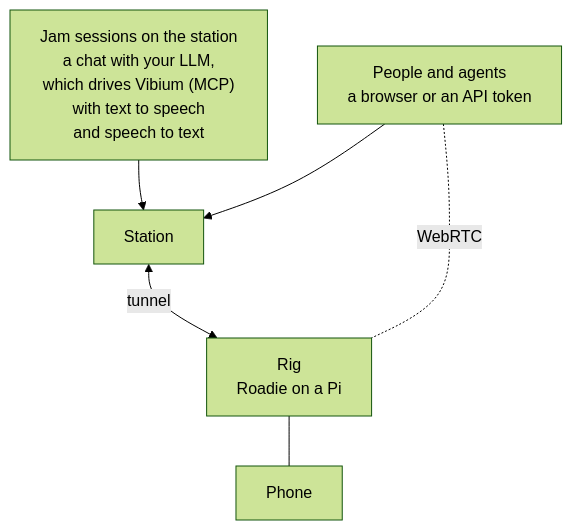
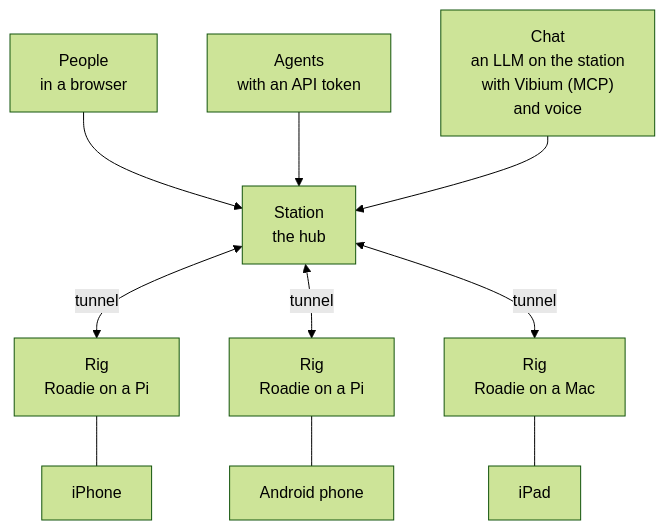
One commit to VibiumDev/station changed the diagram in README.md. Above: the diagram before and after it, drawn with Mermaid (forest theme). The commit also changed other lines of this file, not shown here.

Commit message:
README: a hub-and-nodes diagram, like Selenium Grid's, and chat for jam sessions

````diff
--- a/README.md
+++ b/README.md
@@ -12,14 +12,23 @@
 ```mermaid
 flowchart TB
-    J["Jam sessions on the station<br/>a chat with your LLM,<br/>which drives Vibium (MCP)<br/>with text to speech<br/>and speech to text"]
-    C["People and agents<br/>a browser or an API token"]
-    S["Station"]
-    R["Rig<br/>Roadie on a Pi"]
-    D["Phone"]
+    P["People<br/>in a browser"]
+    A["Agents<br/>with an API token"]
+    C["Chat<br/>an LLM on the station<br/>with Vibium (MCP)<br/>and voice"]
+    S["Station<br/>the hub"]
+    R1["Rig<br/>Roadie on a Pi"]
+    R2["Rig<br/>Roadie on a Pi"]
+    R3["Rig<br/>Roadie on a Mac"]
+    D1["iPhone"]
+    D2["Android phone"]
+    D3["iPad"]
 
-    J --> S
+    P --> S
+    A --> S
     C --> S
-    S <-- "tunnel" --> R
-    R --- D
-    C -. "WebRTC" .- R
+    S <-- "tunnel" --> R1
+    S <-- "tunnel" --> R2
+    S <-- "tunnel" --> R3
+    R1 --- D1
+    R2 --- D2
+    R3 --- D3
 ```
````
